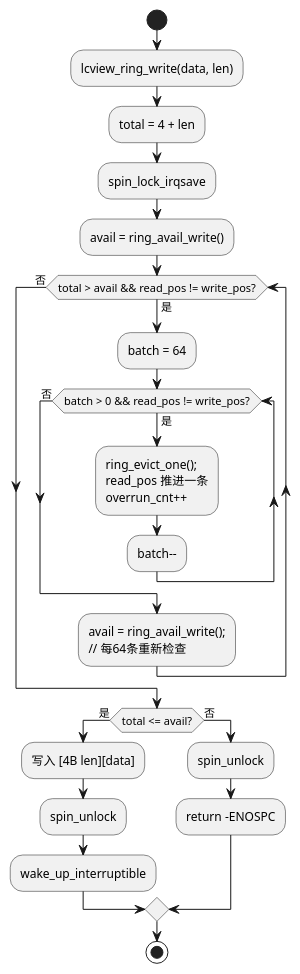
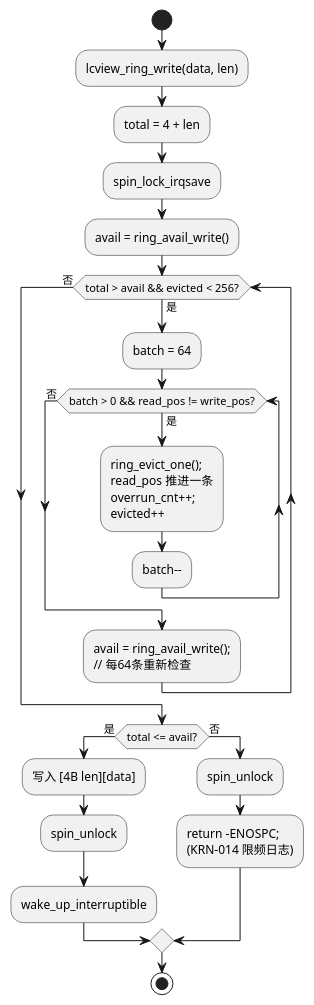
Before and after one commit to lechao365/AndroidSystemEnhance: diagram 14 of 16 in docs/01-打点增强/01.01-内核态增强-lcview-kernel.md, drawn with PlantUML. The commit also changed other lines of this file and 184 other files, not shown here.

````diff
--- a/docs/01-打点增强/01.01-内核态增强-lcview-kernel.md
+++ b/docs/01-打点增强/01.01-内核态增强-lcview-kernel.md
@@ -679,26 +691,26 @@
 ```plantuml
 @startuml
 start
 :lcview_ring_write(data, len);
 :total = 4 + len;
 :spin_lock_irqsave;
 :avail = ring_avail_write();
-while (total > avail && read_pos != write_pos?) is (是)
+while (total > avail && evicted < 256?) is (是)
     :batch = 64;
     while (batch > 0 && read_pos != write_pos?) is (是)
-        :ring_evict_one();\nread_pos 推进一条\noverrun_cnt++;
+        :ring_evict_one();\nread_pos 推进一条\noverrun_cnt++;\nevicted++;
         :batch--;
     endwhile (否)
     :avail = ring_avail_write();\n// 每64条重新检查;
 endwhile (否)
 if (total <= avail?) then (是)
     :写入 [4B len][data];
     :spin_unlock;
     :wake_up_interruptible;
 else (否)
     :spin_unlock;
-    :return -ENOSPC;
+    :return -ENOSPC;\n(KRN-014 限频日志);
 endif
 stop
 @enduml
 ```
````
